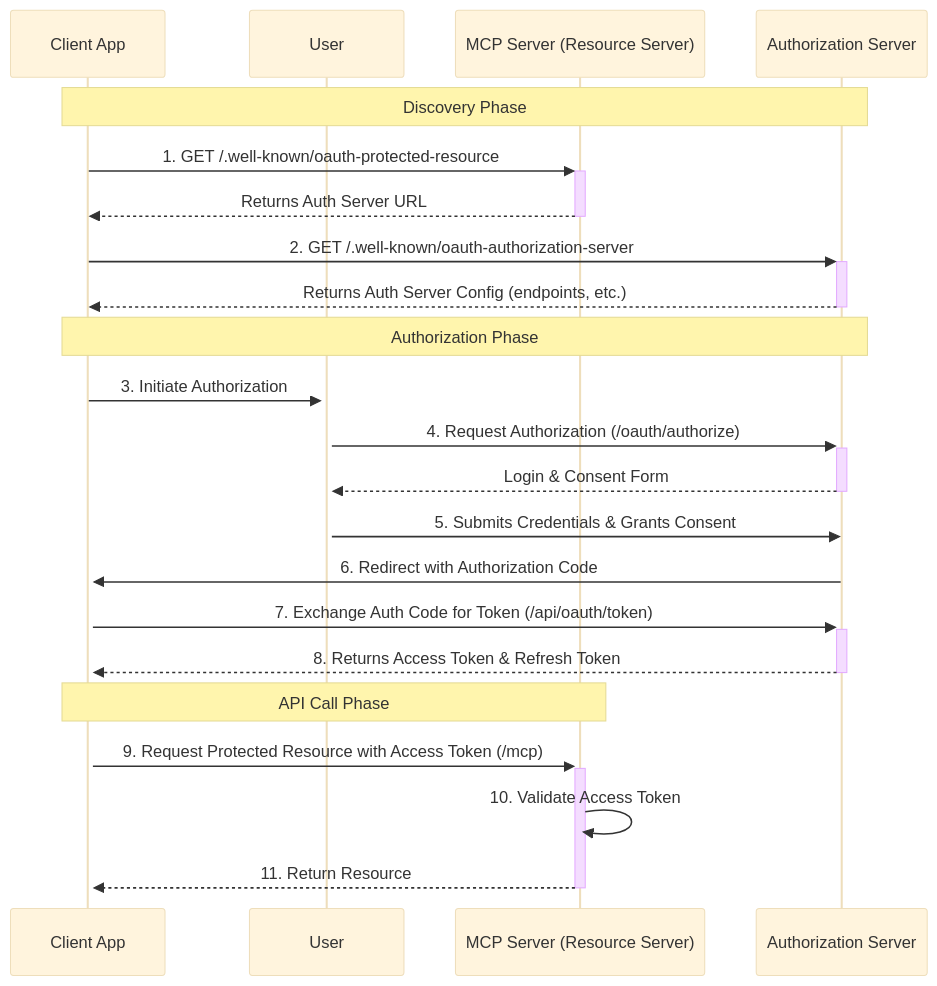
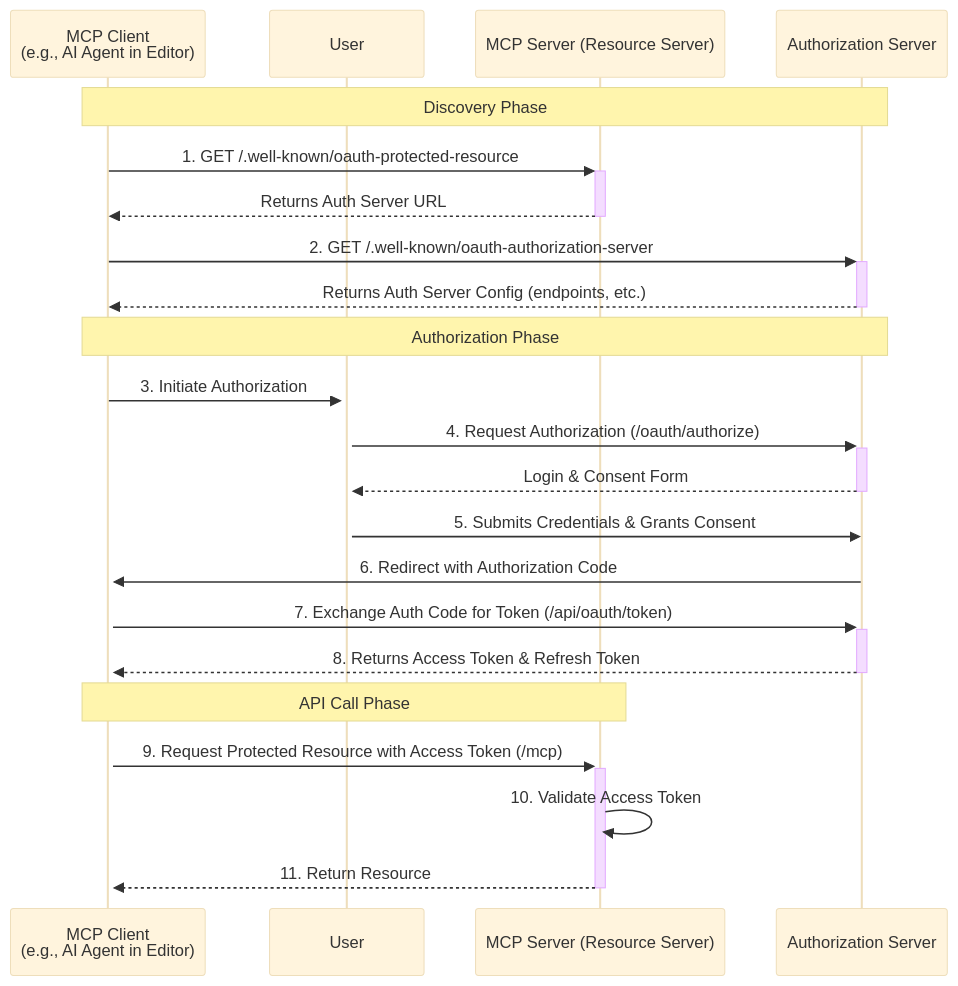
One commit to DTeam-Top/mcp-oauth changed the second of 3 diagrams in mcp-oauth.md. Above: the diagram before and after it, drawn with Mermaid (base theme). The commit also changed other lines of this file, not shown here.

Commit message:
polish mcp-oauth

````diff
--- a/mcp-oauth.md
+++ b/mcp-oauth.md
@@ -131,28 +327,28 @@
 ```mermaid
 sequenceDiagram
-    participant Client as Client App
+    participant Client as MCP Client <br>(e.g., AI Agent in Editor)
     participant User
     participant ResourceServer as MCP Server (Resource Server)
     participant AuthServer as Authorization Server
 
     Note over Client, AuthServer: Discovery Phase
     Client->>+ResourceServer: 1. GET /.well-known/oauth-protected-resource
     ResourceServer-->>-Client: Returns Auth Server URL
 
     Client->>+AuthServer: 2. GET /.well-known/oauth-authorization-server
     AuthServer-->>-Client: Returns Auth Server Config (endpoints, etc.)
 
     Note over Client, AuthServer: Authorization Phase
     Client->>+User: 3. Initiate Authorization
     User->>+AuthServer: 4. Request Authorization (/oauth/authorize)
     AuthServer-->>-User: Login & Consent Form
     User->>AuthServer: 5. Submits Credentials & Grants Consent
     AuthServer->>+Client: 6. Redirect with Authorization Code
     Client->>+AuthServer: 7. Exchange Auth Code for Token (/api/oauth/token)
     AuthServer-->>-Client: 8. Returns Access Token & Refresh Token
 
     Note over Client, ResourceServer: API Call Phase
     Client->>+ResourceServer: 9. Request Protected Resource with Access Token (/mcp)
     ResourceServer->>ResourceServer: 10. Validate Access Token
     ResourceServer-->>-Client: 11. Return Resource
 ```
````
